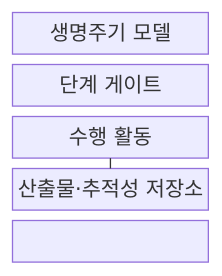
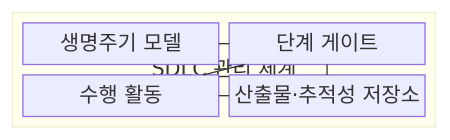
The first of 2 diagrams in src/content/docs/notes/03-software/030_software_development_lifecycle.md (agnusdei1207/knowledge-base), drawn with Mermaid before and after one commit. The commit also changed other lines of this file and 20 other files, not shown here.

````diff
--- a/src/content/docs/notes/03-software/030_software_development_lifecycle.md
+++ b/src/content/docs/notes/03-software/030_software_development_lifecycle.md
@@ -61,10 +60,15 @@
 ```mermaid
-block-beta
-  columns 1
-  M["생명주기 모델"]
-  G["단계 게이트"]
-  A["수행 활동"]
-  R["산출물·추적성 저장소"]
-  M --- G --- A
-  A --- R
+block
+    columns 1
+    block:SDLC["SDLC 관리 체계"]
+        columns 2
+        M["생명주기 모델"]
+        G["단계 게이트"]
+        A["수행 활동"]
+        R["산출물·추적성 저장소"]
+    end
+    M --- G
+    G --- A
+    A --- R
+    R --- G
 ```
````
